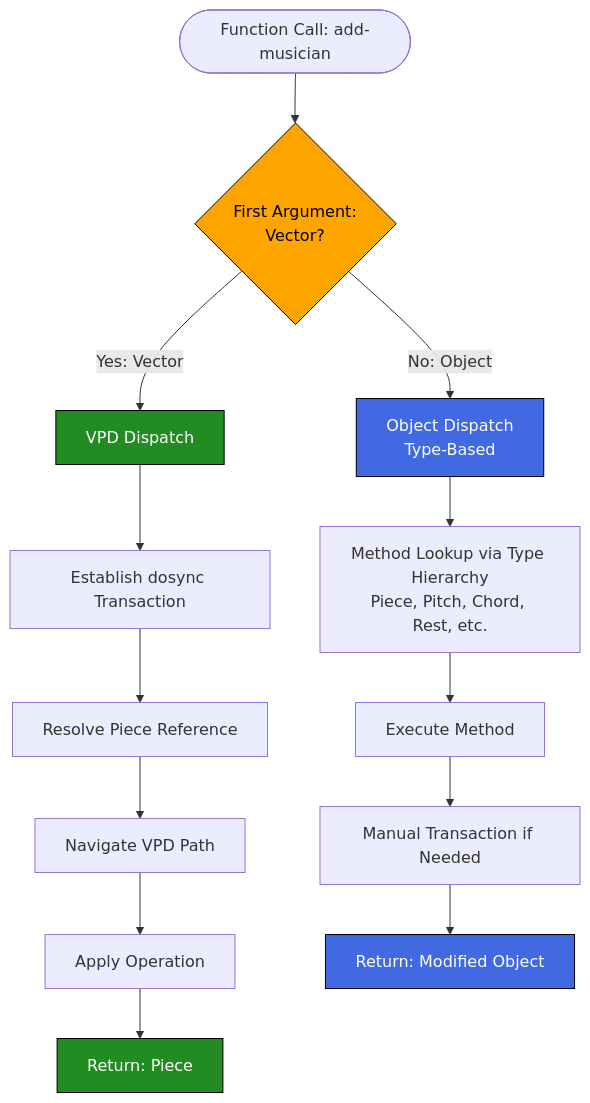
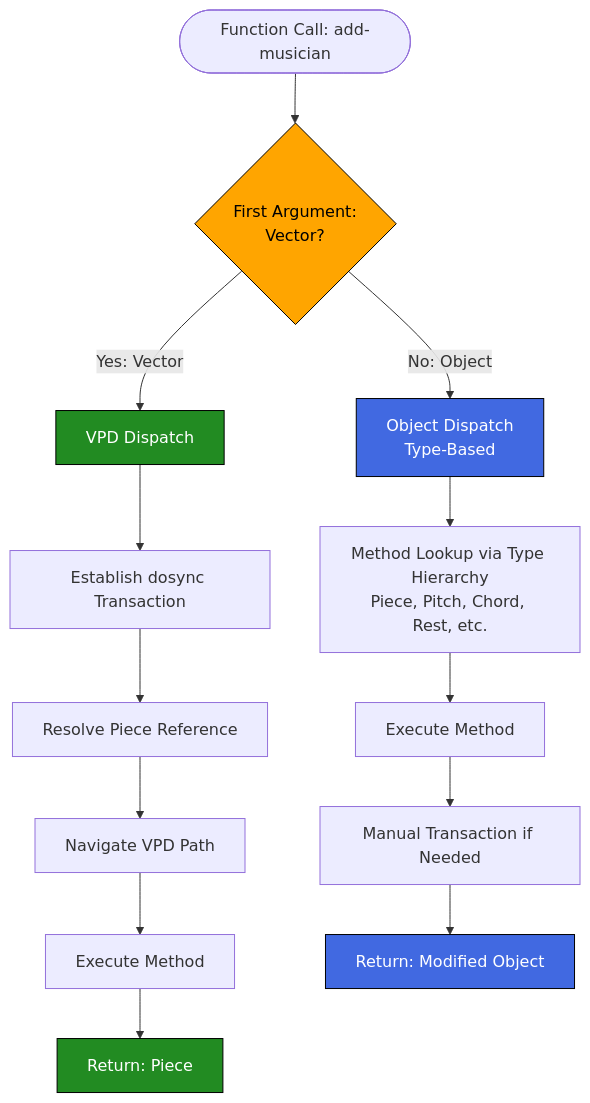
The third of 3 diagrams in guides/POLYMORPHIC_API_GUIDE.md (PeterBengtson/Ooloi-docs), drawn with Mermaid before and after one commit.

Commit message:
Documentation sync 2025-12-13

````diff
--- a/guides/POLYMORPHIC_API_GUIDE.md
+++ b/guides/POLYMORPHIC_API_GUIDE.md
@@ -576,24 +576,24 @@
 ```mermaid
 flowchart TD
     Start([Function Call: add-musician]) --> Check{First Argument:<br/>Vector?}
 
     Check -->|Yes: Vector| VPD[VPD Dispatch]
     Check -->|No: Object| Obj[Object Dispatch<br/>Type-Based]
 
     VPD --> VPD1[Establish dosync Transaction]
     VPD1 --> VPD2[Resolve Piece Reference]
     VPD2 --> VPD3[Navigate VPD Path]
-    VPD3 --> VPD4[Apply Operation]
+    VPD3 --> VPD4[Execute Method]
     VPD4 --> ReturnP[Return: Piece]
 
     Obj --> Obj1[Method Lookup via Type Hierarchy<br/>Piece, Pitch, Chord, Rest, etc.]
     Obj1 --> Obj2[Execute Method]
     Obj2 --> Obj3[Manual Transaction if Needed]
     Obj3 --> ReturnO[Return: Modified Object]
 
     style VPD fill:#228B22,stroke:#000,color:#fff
     style Obj fill:#4169E1,stroke:#000,color:#fff
     style ReturnP fill:#228B22,stroke:#000,color:#fff
     style ReturnO fill:#4169E1,stroke:#000,color:#fff
     style Check fill:#FFA500,stroke:#000,color:#000
 ```
````
